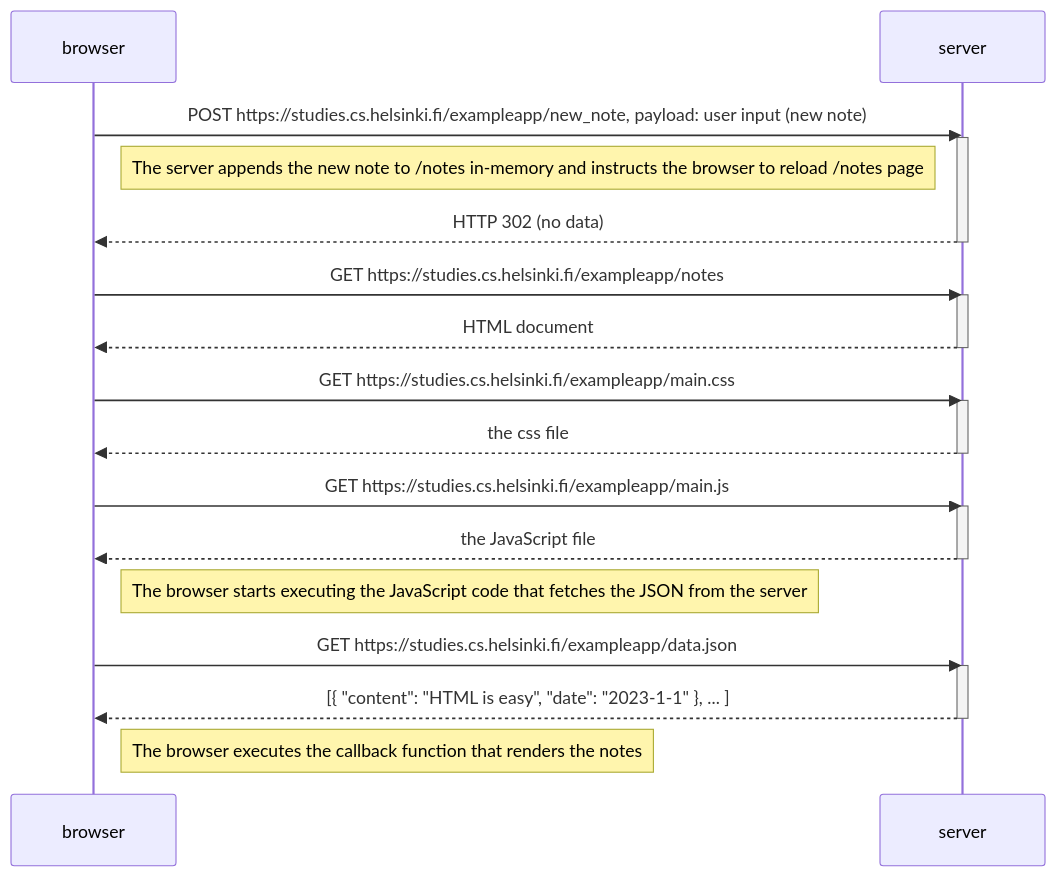
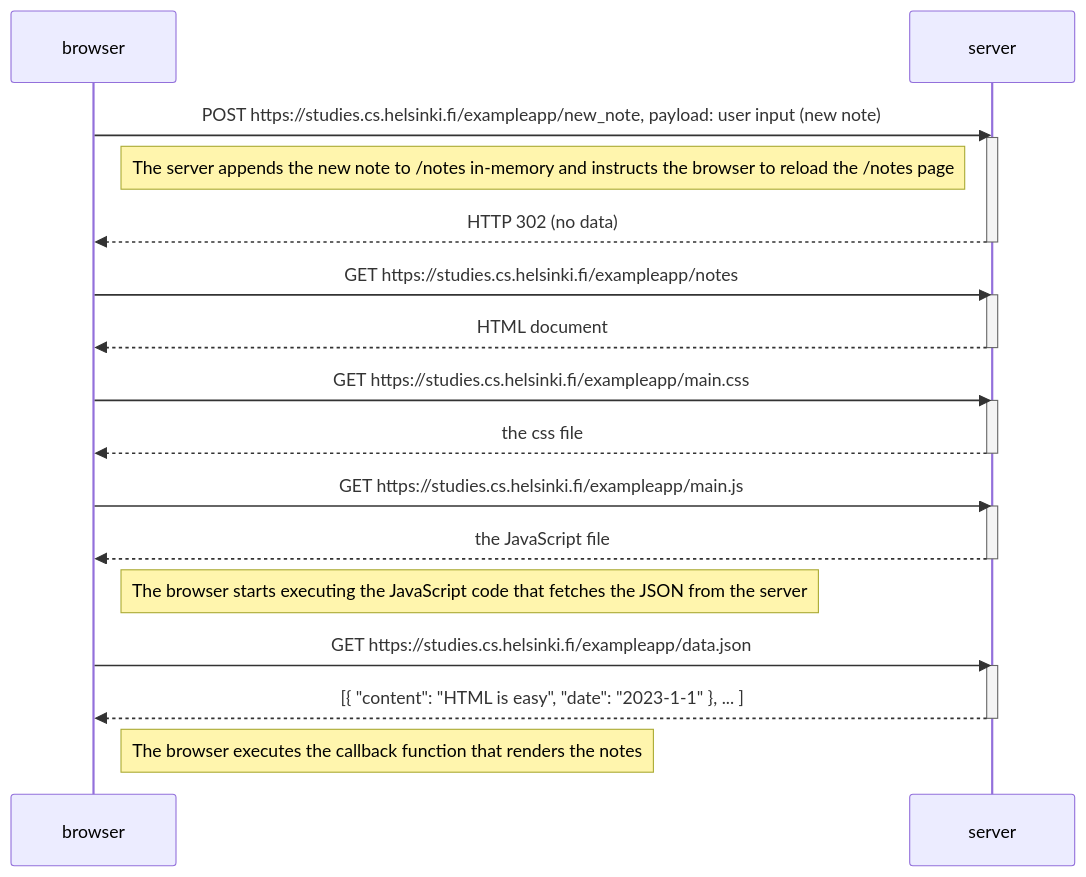
Before and after one commit to soumyee29/fullstackopen: the diagram in Part 0/Exercise 4/sequence.md, drawn with Mermaid.

Commit message:
Fix grammar in note.

````diff
--- a/Part 0/Exercise 4/sequence.md
+++ b/Part 0/Exercise 4/sequence.md
@@ -1,35 +1,35 @@
 ```mermaid
 sequenceDiagram
     participant browser
     participant server
 
     browser->>server: POST https://studies.cs.helsinki.fi/exampleapp/new_note, payload: user input (new note)
     activate server
-    Note left of server: The server appends the new note to /notes in-memory and instructs the browser to reload /notes page
+    Note left of server: The server appends the new note to /notes in-memory and instructs the browser to reload the /notes page
     server-->>browser: HTTP 302 (no data)
     deactivate server
 
     browser->>server: GET https://studies.cs.helsinki.fi/exampleapp/notes
     activate server
     server-->>browser: HTML document
     deactivate server
 
     browser->>server: GET https://studies.cs.helsinki.fi/exampleapp/main.css
     activate server
     server-->>browser: the css file
     deactivate server
 
     browser->>server: GET https://studies.cs.helsinki.fi/exampleapp/main.js
     activate server
     server-->>browser: the JavaScript file
     deactivate server
 
     Note right of browser: The browser starts executing the JavaScript code that fetches the JSON from the server
 
     browser->>server: GET https://studies.cs.helsinki.fi/exampleapp/data.json
     activate server
     server-->>browser: [{ "content": "HTML is easy", "date": "2023-1-1" }, ... ]
     deactivate server
 
     Note right of browser: The browser executes the callback function that renders the notes
 ```
````
